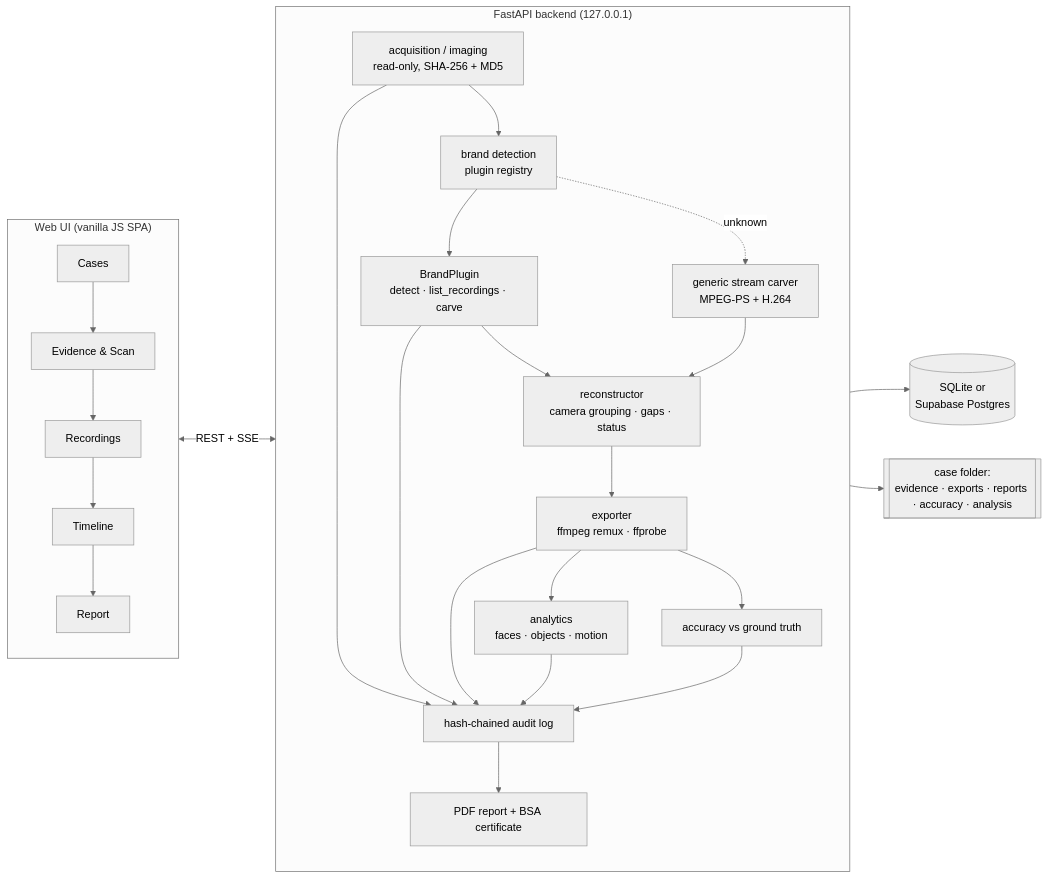
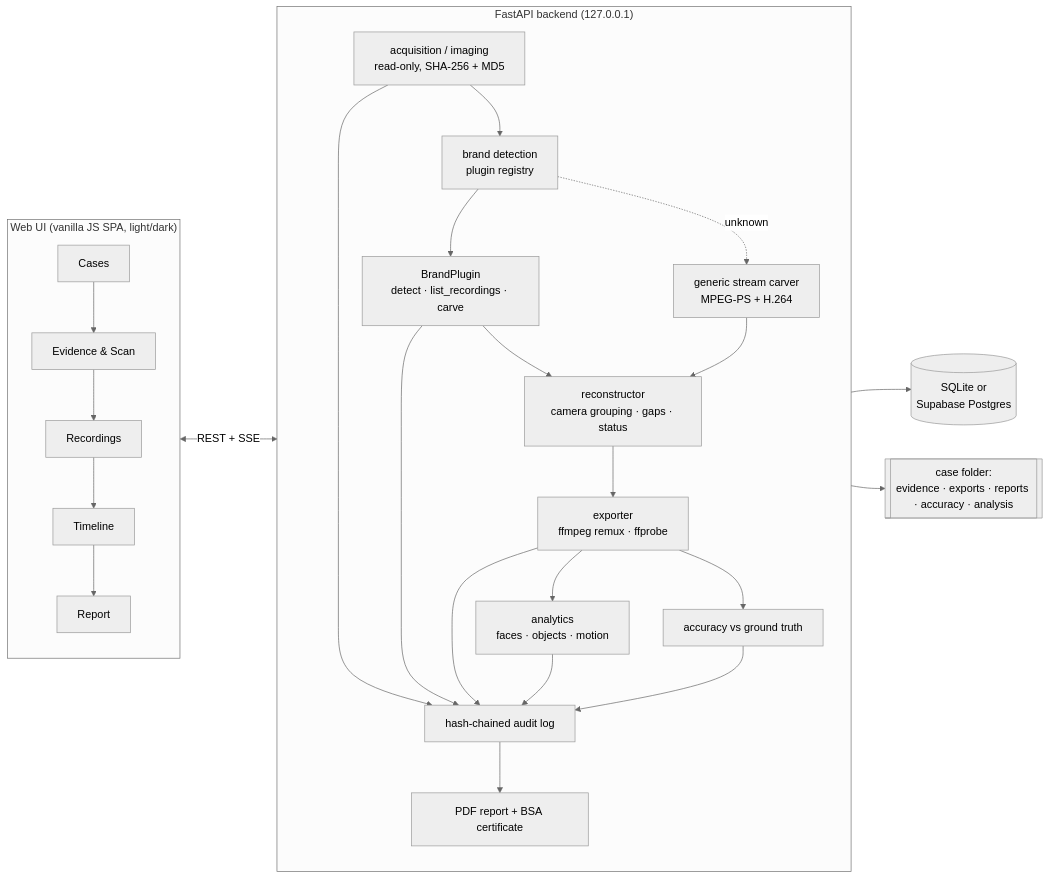
The diagram in README.md (BhanuPrasad-2006/sih-26150), drawn with Mermaid (neutral theme) before and after one commit. The commit also changed other lines of this file and 2 other files, not shown here.

````diff
--- a/README.md
+++ b/README.md
@@ -72,28 +73,28 @@
 ```mermaid
 flowchart LR
-    subgraph UI["Web UI (vanilla JS SPA)"]
+    subgraph UI["Web UI (vanilla JS SPA, light/dark)"]
         A1[Cases] --> A2[Evidence & Scan] --> A3[Recordings] --> A4[Timeline] --> A5[Report]
     end
     UI <-->|REST + SSE| API
 
     subgraph API["FastAPI backend (127.0.0.1)"]
         direction TB
         ACQ["acquisition / imaging<br/>read-only, SHA-256 + MD5"]
         DET["brand detection<br/>plugin registry"]
         PLG["BrandPlugin<br/>detect · list_recordings · carve"]
         GEN["generic stream carver<br/>MPEG-PS + H.264"]
         REC["reconstructor<br/>camera grouping · gaps · status"]
         EXP["exporter<br/>ffmpeg remux · ffprobe"]
         ANA["analytics<br/>faces · objects · motion"]
         ACC["accuracy vs ground truth"]
         AUD["hash-chained audit log"]
         REP["PDF report + BSA certificate"]
         ACQ --> DET --> PLG --> REC --> EXP --> ANA
         DET -.unknown.-> GEN --> REC
         EXP --> ACC
         ACQ & PLG & EXP & ANA & ACC --> AUD --> REP
     end
 
     API --> DB[("SQLite or<br/>Supabase Postgres")]
     API --> FS[["case folder:<br/>evidence · exports · reports · accuracy · analysis"]]
 ```
````
